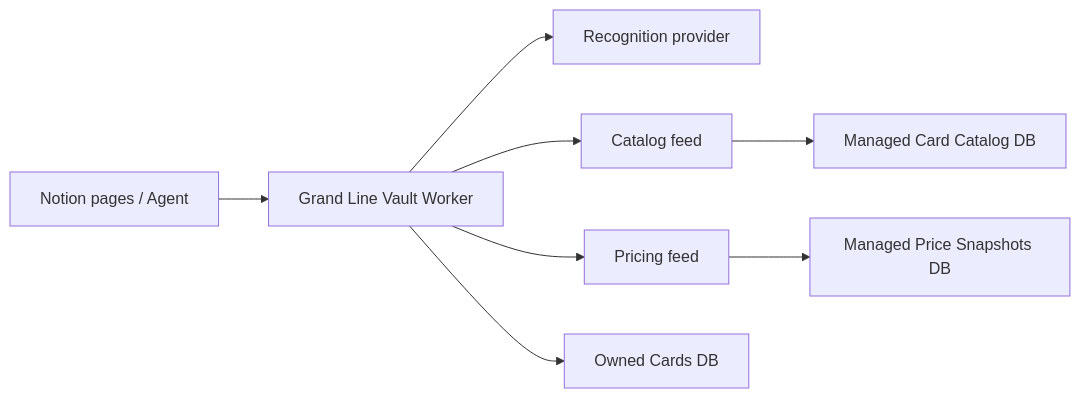
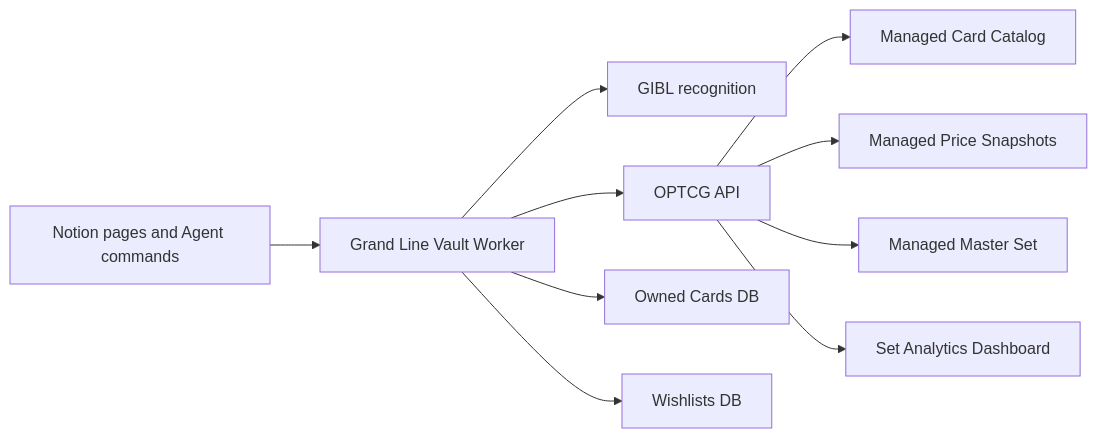
The diagram in README.md (spenceryang/grandlinevault), drawn with Mermaid before and after one commit. The commit also changed other lines of this file and 2 other files, not shown here.

Commit message:
docs: update live vault readme

````diff
--- a/README.md
+++ b/README.md
@@ -25,10 +36,12 @@
 ```mermaid
 flowchart LR
-    A["Notion pages / Agent"] --> B["Grand Line Vault Worker"]
-    B --> C["Recognition provider"]
-    B --> D["Catalog feed"]
-    B --> E["Pricing feed"]
-    B --> F["Owned Cards DB"]
-    D --> G["Managed Card Catalog DB"]
-    E --> H["Managed Price Snapshots DB"]
+    A["Notion pages and Agent commands"] --> B["Grand Line Vault Worker"]
+    B --> C["GIBL recognition"]
+    B --> D["OPTCG API"]
+    B --> E["Owned Cards DB"]
+    B --> F["Wishlists DB"]
+    D --> G["Managed Card Catalog"]
+    D --> H["Managed Price Snapshots"]
+    D --> I["Managed Master Set"]
+    D --> J["Set Analytics Dashboard"]
 ```
````
